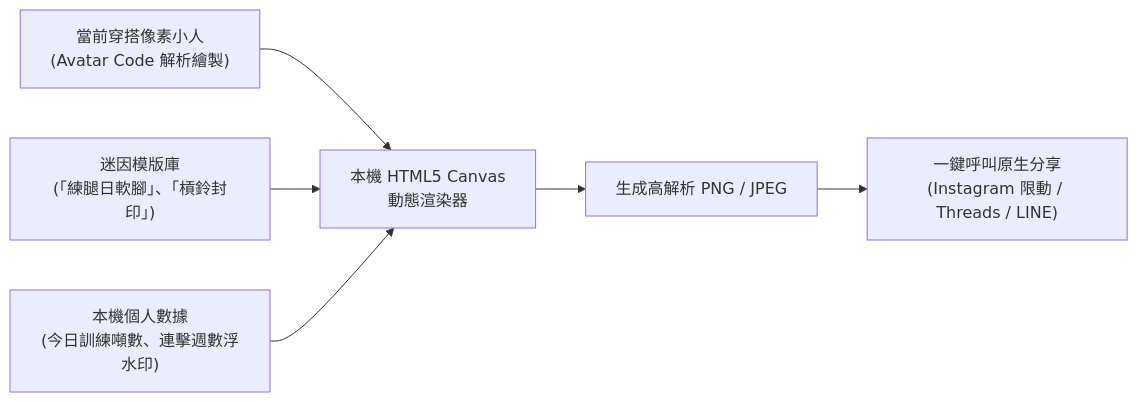
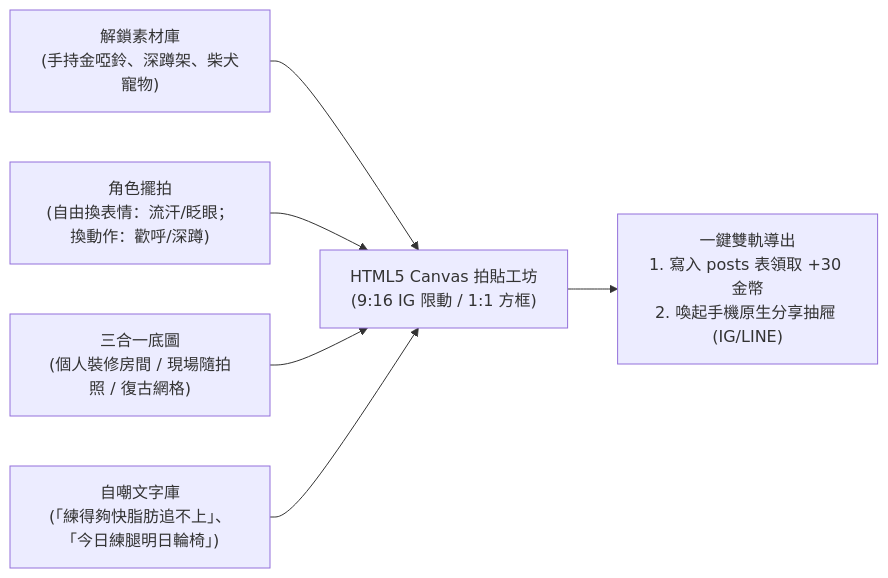
Before and after one commit to yuchienw/Fitmon: the diagram in llm-wiki/wiki/meme_and_social.md, drawn with Mermaid. The commit also changed other lines of this file and 9 other files, not shown here.

````diff
--- a/llm-wiki/wiki/meme_and_social.md
+++ b/llm-wiki/wiki/meme_and_social.md
@@ -11,8 +11,9 @@
 ```mermaid
 flowchart LR
-    Avatar["當前穿搭像素小人\n(Avatar Code 解析繪製)"] --> Canvas["本機 HTML5 Canvas\n動態渲染器"]
-    Template["迷因模版庫\n(「練腿日軟腳」、「槓鈴封印」)"] --> Canvas
-    Stats["本機個人數據\n(今日訓練噸數、連擊週數浮水印)"] --> Canvas
-    Canvas --> Image["生成高解析 PNG / JPEG"]
-    Image --> Share["一鍵呼叫原生分享\n(Instagram 限動 / Threads / LINE)"]
+    Assets["解鎖素材庫\n(手持金啞鈴、深蹲架、柴犬寵物)"] --> Canvas["HTML5 Canvas 拍貼工坊\n(9:16 IG 限動 / 1:1 方框)"]
+    Avatar["角色擺拍\n(自由換表情：流汗/眨眼；換動作：歡呼/深蹲)"] --> Canvas
+    Background["三合一底圖\n(個人裝修房間 / 現場隨拍照 / 復古網格)"] --> Canvas
+    MemeVault["自嘲文字庫\n(「練得夠快脂肪追不上」、「今日練腿明日輪椅」)"] --> Canvas
+
+    Canvas --> Export["一鍵雙軌導出\n1. 寫入 posts 表領取 +30 金幣\n2. 喚起手機原生分享抽屜 (IG/LINE)"]
 ```
````
